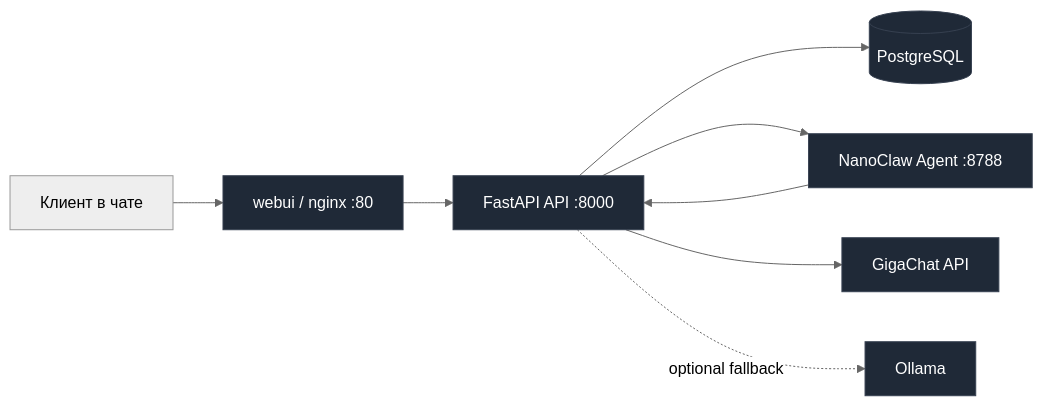
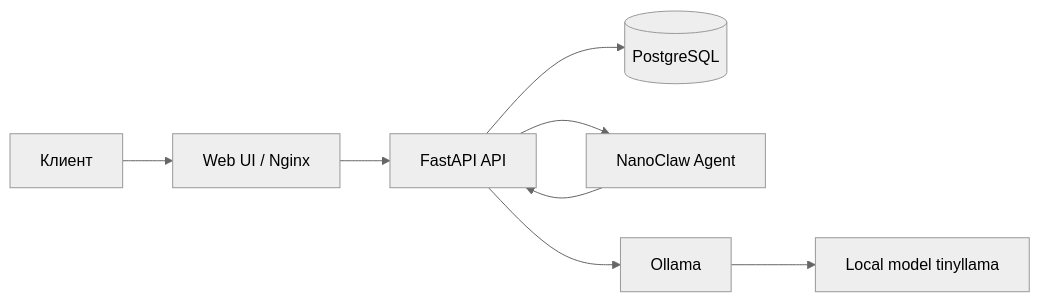
Before and after one commit to dedok0x/agrolead-assistant: the diagram in README.md, drawn with Mermaid (neutral theme). The commit also changed other lines of this file and 11 other files, not shown here.

````diff
--- a/README.md
+++ b/README.md
@@ -17,13 +24,10 @@
 ```mermaid
 flowchart LR
-    U[Клиент в чате] --> W[webui / nginx :80]
-    W --> A[FastAPI API :8000]
+    U[Клиент] --> W[Web UI / Nginx]
+    W --> A[FastAPI API]
     A --> DB[(PostgreSQL)]
-    A --> N[NanoClaw Agent :8788]
+    A --> N[NanoClaw Agent]
     N --> A
-    A --> G[GigaChat API]
-    A -. optional fallback .-> O[Ollama]
-
-    classDef svc fill:#1f2937,color:#ffffff,stroke:#374151;
-    class W,A,DB,N,G,O svc;
+    A --> O[Ollama]
+    O --> M[Local model tinyllama]
 ```
````
